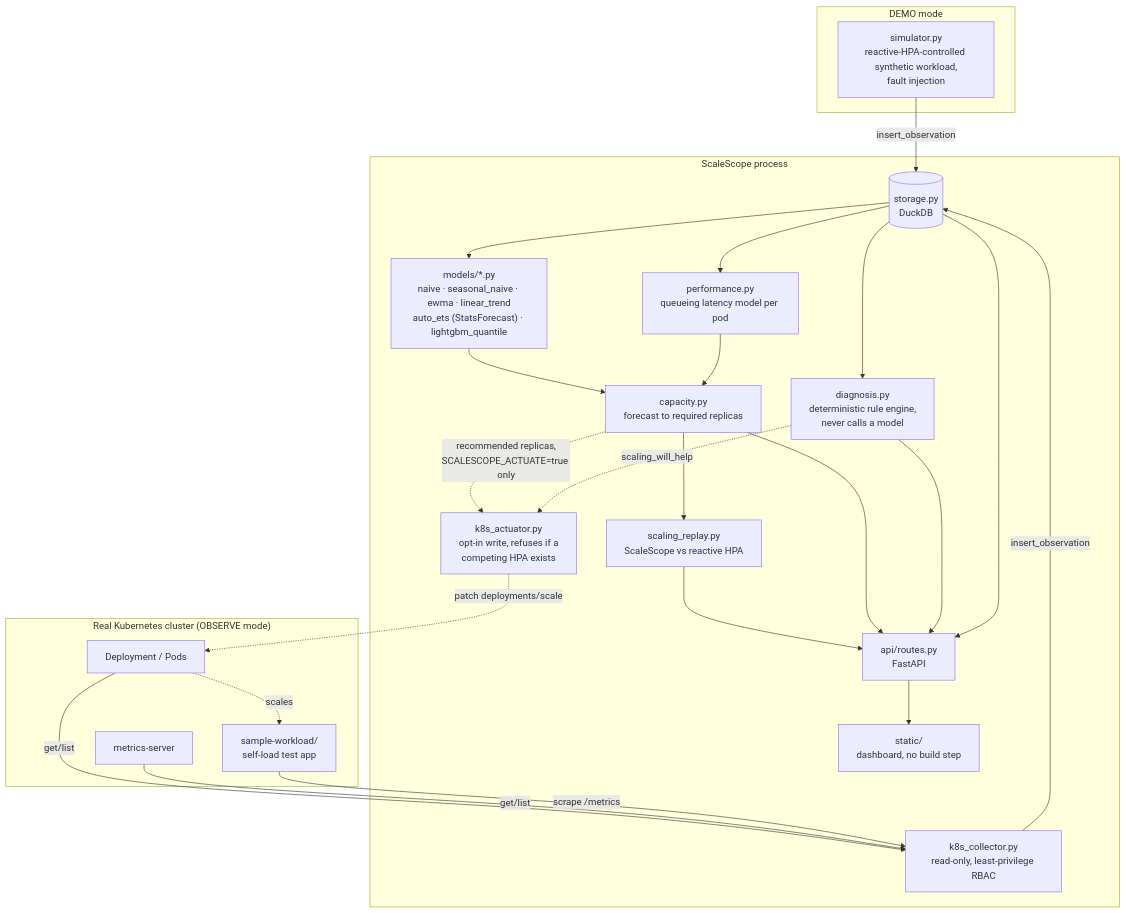
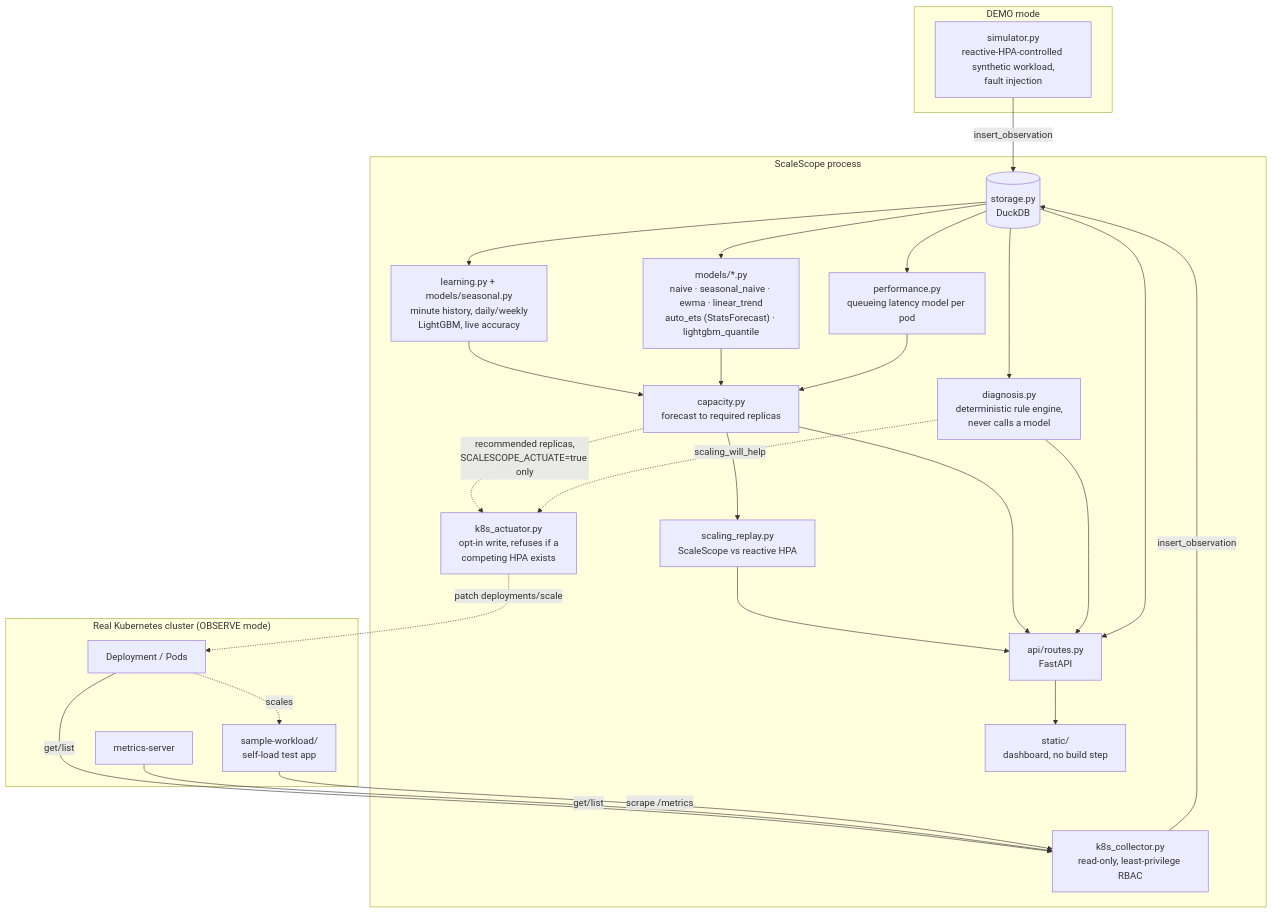
The first of 6 diagrams in README.md (jsawyerdev/scalescope), drawn with Mermaid before and after one commit. The commit also changed other lines of this file and 38 other files, not shown here.

First line of the commit message:
Learn each workload's daily and weekly pattern from weeks of history (0.16.0)

````diff
--- a/README.md
+++ b/README.md
@@ -167,48 +277,51 @@
 ```mermaid
 flowchart TB
     subgraph DEMO["DEMO mode"]
         SIM["simulator.py<br/>reactive-HPA-controlled synthetic workload,<br/>fault injection"]
     end
 
     subgraph CLUSTER["Real Kubernetes cluster (OBSERVE mode)"]
         DEPLOY["Deployment / Pods"]
         METRICSRV["metrics-server"]
         WORKLOAD["sample-workload/<br/>self-load test app"]
         DEPLOY -.->|scales| WORKLOAD
     end
 
     subgraph SCALESCOPE["ScaleScope process"]
         COLLECTOR["k8s_collector.py<br/>read-only, least-privilege RBAC"]
         ACTUATOR["k8s_actuator.py<br/>opt-in write, refuses if a<br/>competing HPA exists"]
         STORE[("storage.py<br/>DuckDB")]
         MODELS["models/*.py<br/>naive · seasonal_naive · ewma · linear_trend<br/>auto_ets (StatsForecast) · lightgbm_quantile"]
         PERF["performance.py<br/>queueing latency model per pod"]
+        LEARN["learning.py + models/seasonal.py<br/>minute history, daily/weekly<br/>LightGBM, live accuracy"]
         CAPACITY["capacity.py<br/>forecast to required replicas"]
         REPLAY["scaling_replay.py<br/>ScaleScope vs reactive HPA"]
         DIAGNOSIS["diagnosis.py<br/>deterministic rule engine,<br/>never calls a model"]
         API["api/routes.py<br/>FastAPI"]
         UI["static/<br/>dashboard, no build step"]
     end
 
     SIM -->|insert_observation| STORE
     DEPLOY -->|get/list| COLLECTOR
     METRICSRV -->|get/list| COLLECTOR
     WORKLOAD -->|scrape /metrics| COLLECTOR
     COLLECTOR -->|insert_observation| STORE
 
     STORE --> MODELS
+    STORE --> LEARN
+    LEARN --> CAPACITY
     STORE --> PERF
     STORE --> DIAGNOSIS
     MODELS --> CAPACITY
     PERF --> CAPACITY
     CAPACITY --> REPLAY
     REPLAY --> API
     CAPACITY --> API
     DIAGNOSIS --> API
     STORE --> API
     API --> UI
 
     CAPACITY -.->|recommended replicas,<br/>SCALESCOPE_ACTUATE=true only| ACTUATOR
     DIAGNOSIS -.->|scaling_will_help| ACTUATOR
     ACTUATOR -.->|patch deployments/scale| DEPLOY
 ```
````
